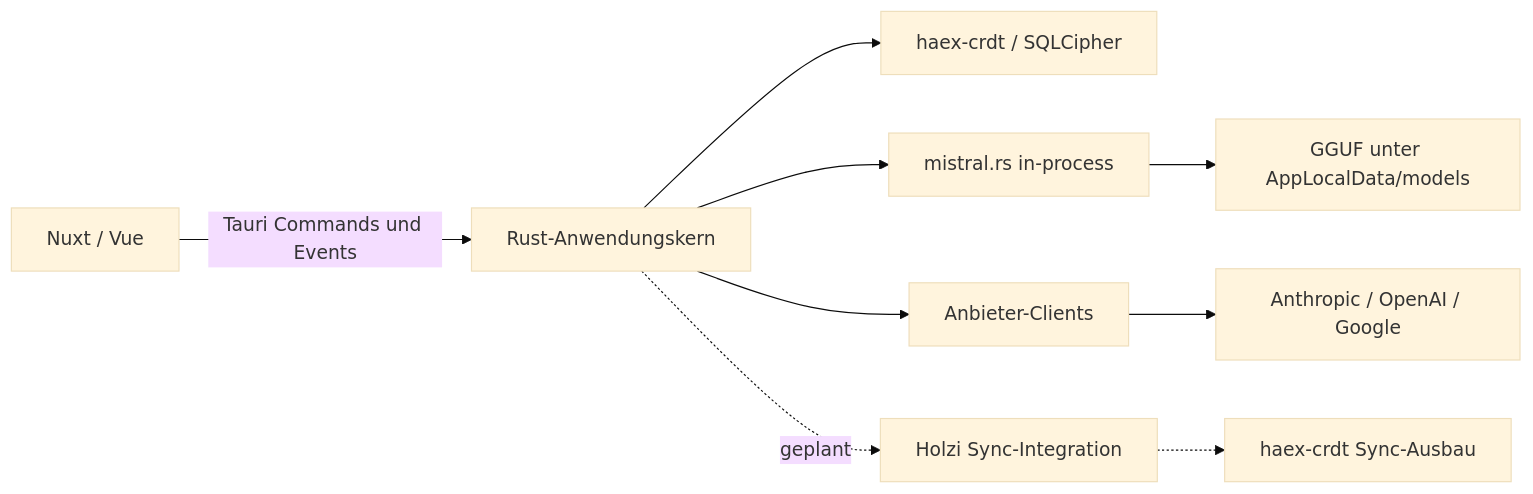
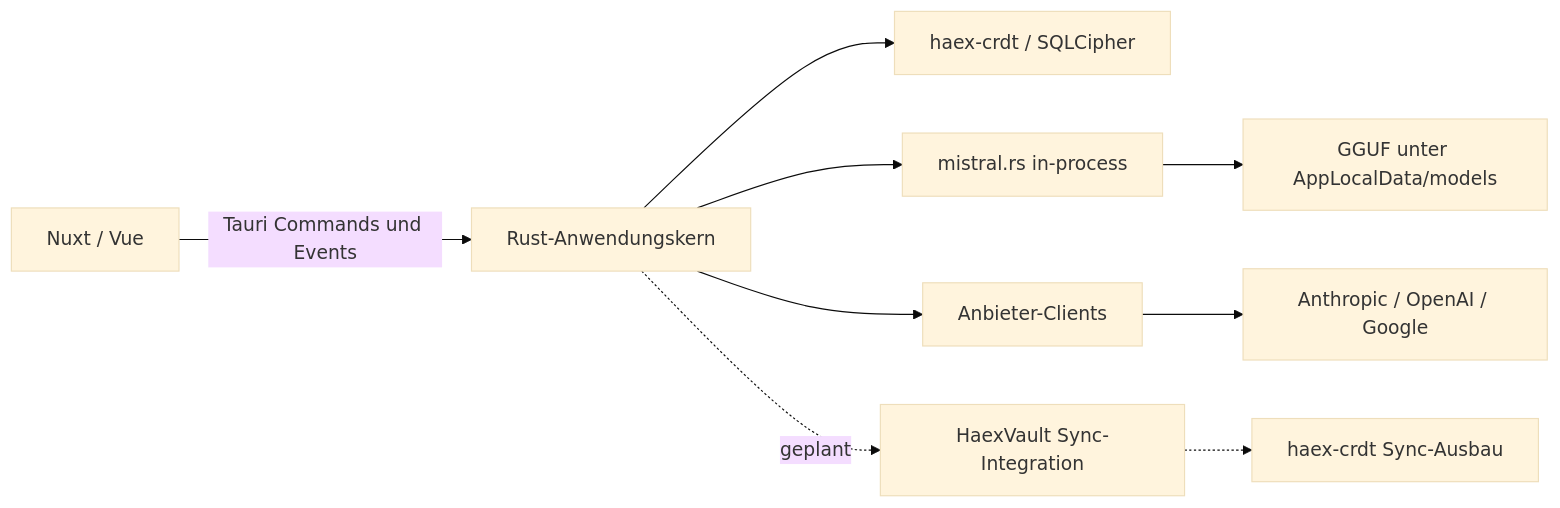
The diagram in plans/001-desktop-mvp.md (haex-space/haex-vault), drawn with Mermaid (base theme) before and after one commit. The commit also changed other lines of this file and 747 other files, not shown here.

Commit message:
docs: rename holzi to haex-vault in specs and docs (054 S7)

````diff
--- a/plans/001-desktop-mvp.md
+++ b/plans/001-desktop-mvp.md
@@ -77,11 +77,11 @@
 ```mermaid
 flowchart LR
   UI[Nuxt / Vue] -->|Tauri Commands und Events| Core[Rust-Anwendungskern]
   Core --> Store[haex-crdt / SQLCipher]
   Core --> Local[mistral.rs in-process]
   Local --> Models[GGUF unter AppLocalData/models]
   Core --> Remote[Anbieter-Clients]
   Remote --> Cloud[Anthropic / OpenAI / Google]
-  Core -.geplant.-> Sync[Holzi Sync-Integration]
+  Core -.geplant.-> Sync[HaexVault Sync-Integration]
   Sync -.-> Engine[haex-crdt Sync-Ausbau]
 ```
````
